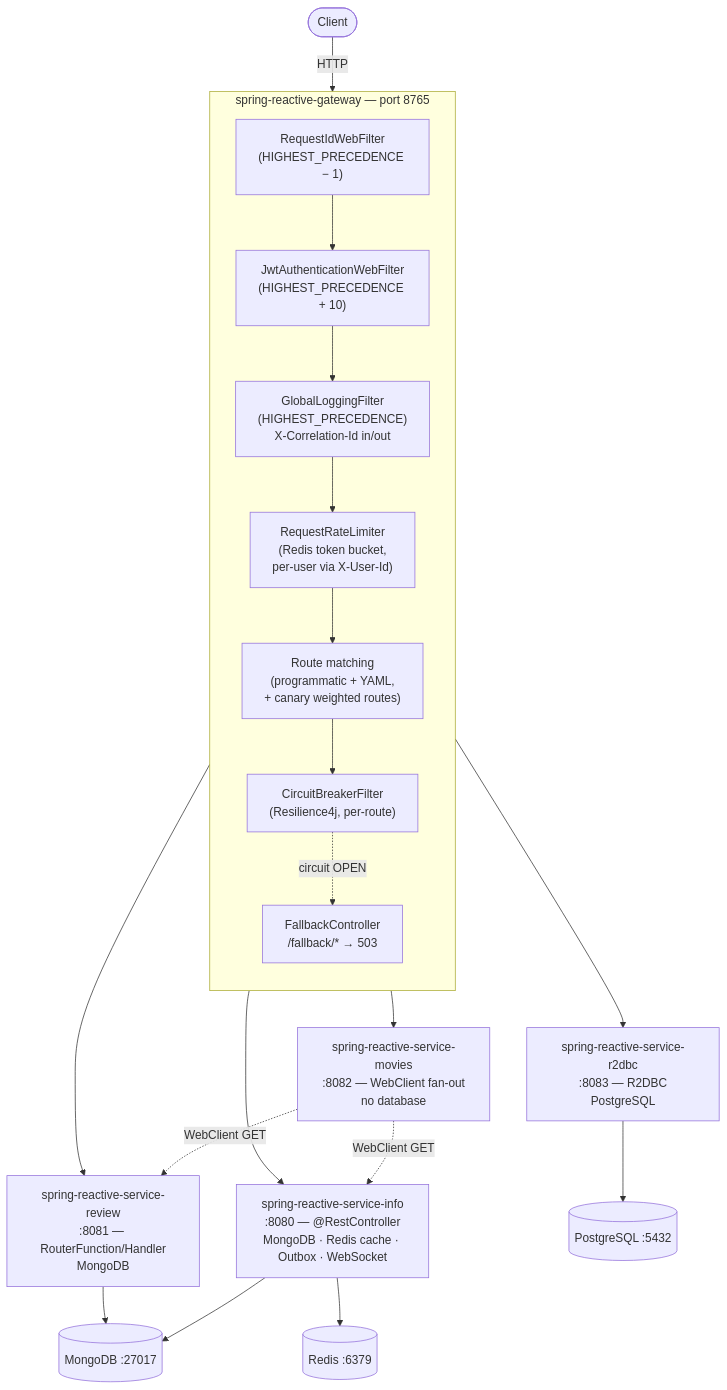
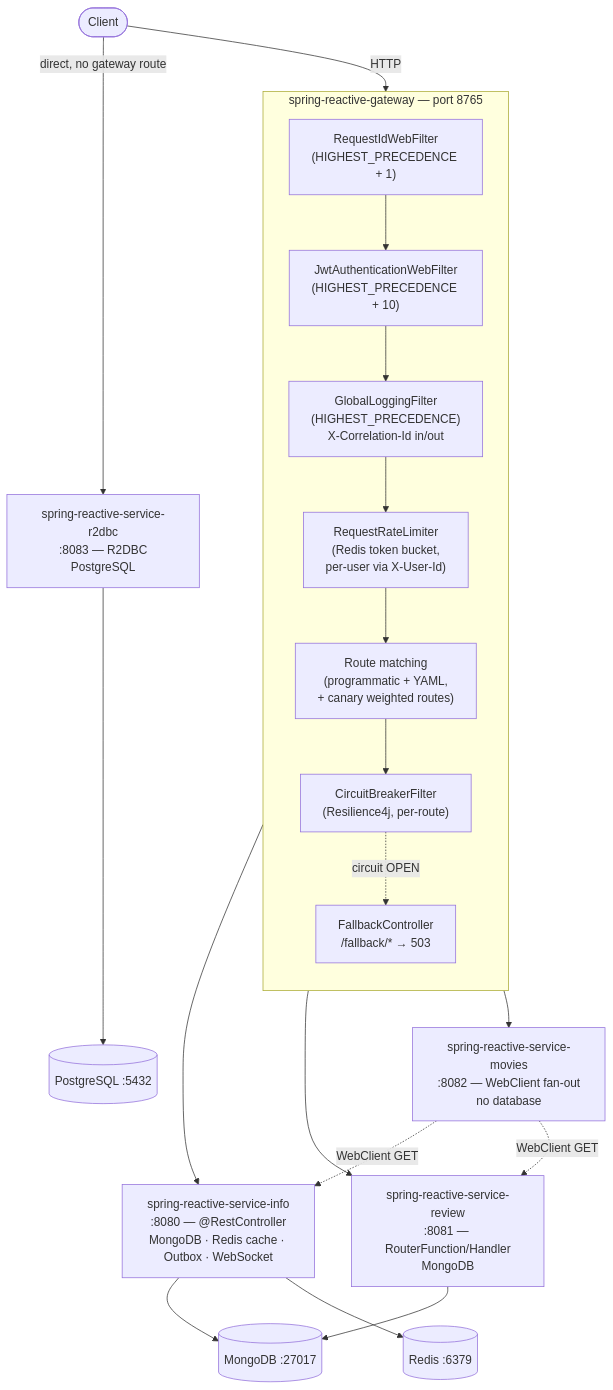
Before and after one commit to himnay/learning-reactive: the second of 7 diagrams in README.md, drawn with Mermaid. The commit also changed other lines of this file and 2 other files, not shown here.

````diff
--- a/README.md
+++ b/README.md
@@ -305,31 +305,31 @@
 ```mermaid
 flowchart TB
     Client(["Client"])
 
     subgraph GW["spring-reactive-gateway — port 8765"]
         direction TB
-        RIF["RequestIdWebFilter<br/>(HIGHEST_PRECEDENCE − 1)"]
+        RIF["RequestIdWebFilter<br/>(HIGHEST_PRECEDENCE + 1)"]
         JWT["JwtAuthenticationWebFilter<br/>(HIGHEST_PRECEDENCE + 10)"]
         GLF["GlobalLoggingFilter<br/>(HIGHEST_PRECEDENCE)<br/>X-Correlation-Id in/out"]
         RL["RequestRateLimiter<br/>(Redis token bucket,<br/>per-user via X-User-Id)"]
         RT["Route matching<br/>(programmatic + YAML,<br/>+ canary weighted routes)"]
         CB["CircuitBreakerFilter<br/>(Resilience4j, per-route)"]
         FB["FallbackController<br/>/fallback/* → 503"]
     end
 
     Client -->|HTTP| RIF --> JWT --> GLF --> RL --> RT --> CB
     CB -.->|circuit OPEN| FB
 
     CB --> Info["spring-reactive-service-info<br/>:8080 — @RestController<br/>MongoDB · Redis cache · Outbox · WebSocket"]
     CB --> Review["spring-reactive-service-review<br/>:8081 — RouterFunction/Handler<br/>MongoDB"]
     CB --> Movies["spring-reactive-service-movies<br/>:8082 — WebClient fan-out<br/>no database"]
-    CB --> R2dbc["spring-reactive-service-r2dbc<br/>:8083 — R2DBC<br/>PostgreSQL"]
+    Client -->|"direct, no gateway route"| R2dbc["spring-reactive-service-r2dbc<br/>:8083 — R2DBC<br/>PostgreSQL"]
 
     Movies -.->|WebClient GET| Info
     Movies -.->|WebClient GET| Review
 
     Info --> Mongo[("MongoDB :27017")]
     Review --> Mongo
     Info --> Redis[("Redis :6379")]
     R2dbc --> Postgres[("PostgreSQL :5432")]
 ```
````
